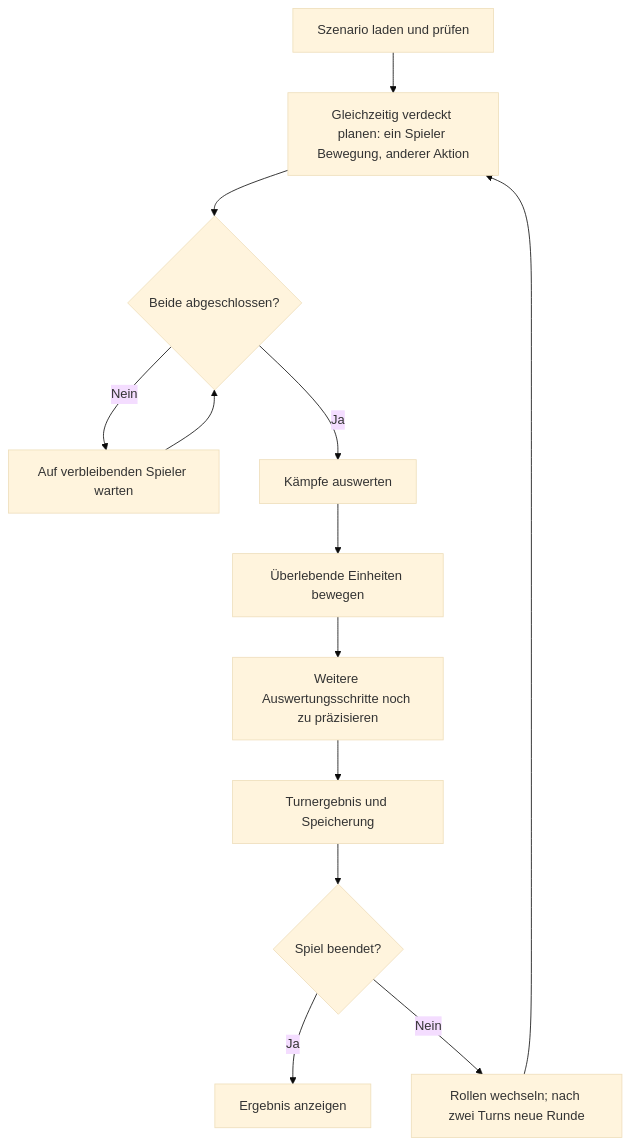
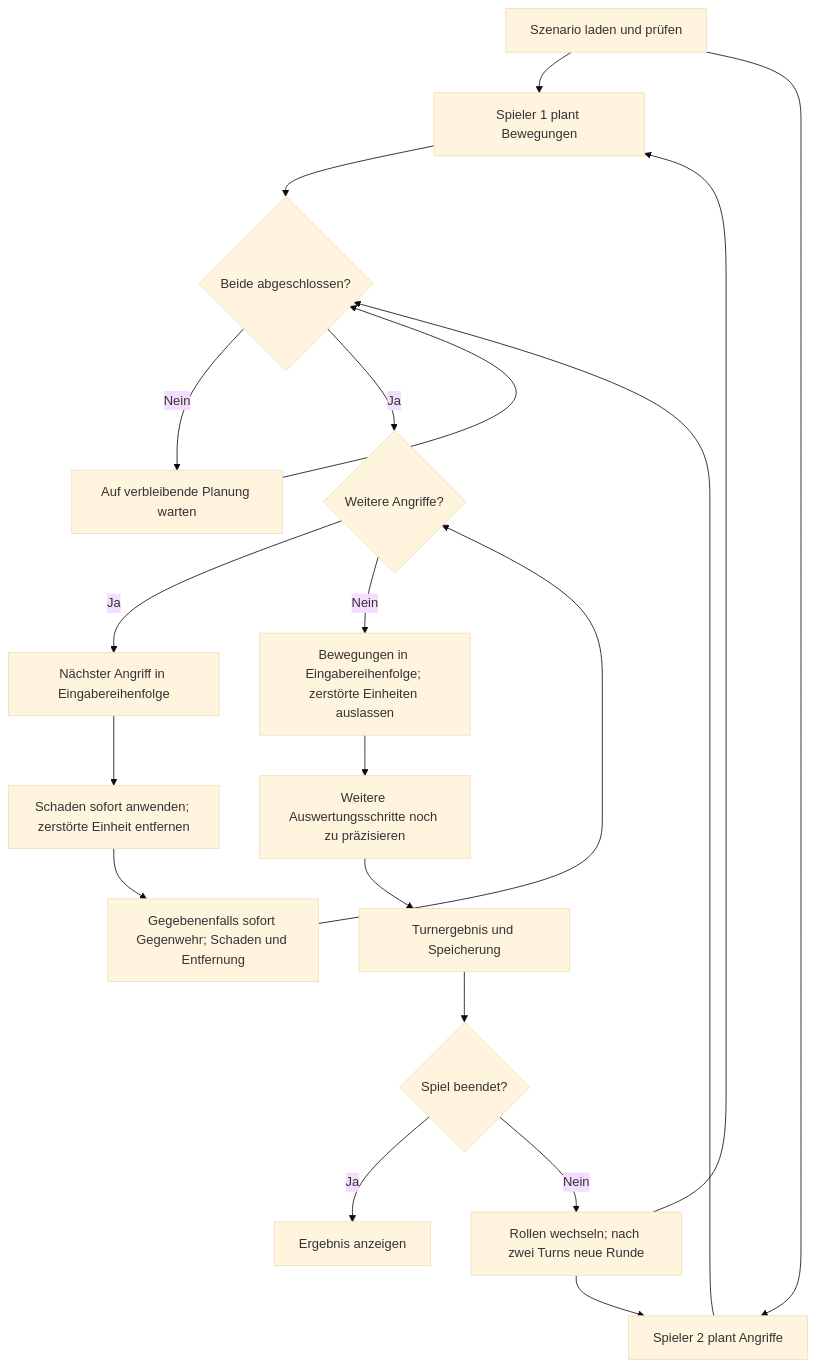
Before and after one commit to CymricNPG/SplitBattle: the third of 4 diagrams in docs/Design.md, drawn with Mermaid (base theme). The commit also changed other lines of this file and 12 other files, not shown here.

````diff
--- a/docs/Design.md
+++ b/docs/Design.md
@@ -70,15 +70,22 @@
 ```mermaid
 flowchart TD
-    Init[Szenario laden und prüfen] --> Plan[Gleichzeitig verdeckt planen: ein Spieler Bewegung, anderer Aktion]
-    Plan --> Ready{Beide abgeschlossen?}
-    Ready -- Nein --> Wait[Auf verbleibenden Spieler warten]
+    Init[Szenario laden und prüfen] --> P1[Spieler 1 plant Bewegungen]
+    Init --> P2[Spieler 2 plant Angriffe]
+    P1 --> Ready{Beide abgeschlossen?}
+    P2 --> Ready
+    Ready -- Nein --> Wait[Auf verbleibende Planung warten]
     Wait --> Ready
-    Ready -- Ja --> Combat[Kämpfe auswerten]
-    Combat --> Move[Überlebende Einheiten bewegen]
+    Ready -- Ja --> Attacks{Weitere Angriffe?}
+    Attacks -- Ja --> Attack[Nächster Angriff in Eingabereihenfolge]
+    Attack --> Damage[Schaden sofort anwenden; zerstörte Einheit entfernen]
+    Damage --> Counter[Gegebenenfalls sofort Gegenwehr; Schaden und Entfernung]
+    Counter --> Attacks
+    Attacks -- Nein --> Move[Bewegungen in Eingabereihenfolge; zerstörte Einheiten auslassen]
     Move --> Other[Weitere Auswertungsschritte noch zu präzisieren]
     Other --> Result[Turnergebnis und Speicherung]
     Result --> EndCheck{Spiel beendet?}
     EndCheck -- Ja --> End[Ergebnis anzeigen]
     EndCheck -- Nein --> Swap[Rollen wechseln; nach zwei Turns neue Runde]
-    Swap --> Plan
+    Swap --> P1
+    Swap --> P2
 ```
````
